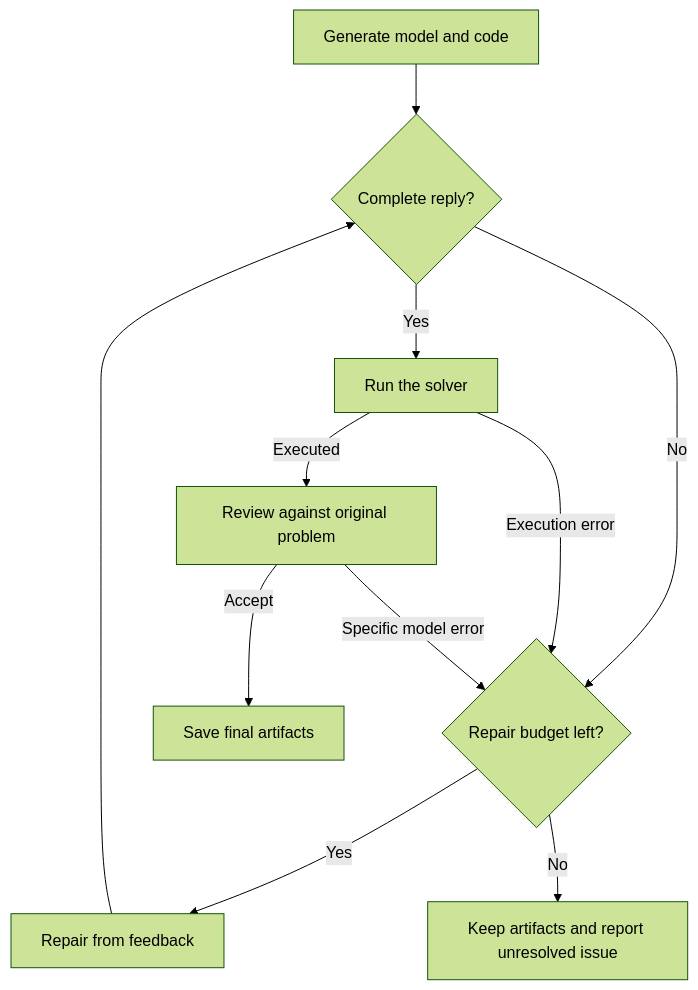
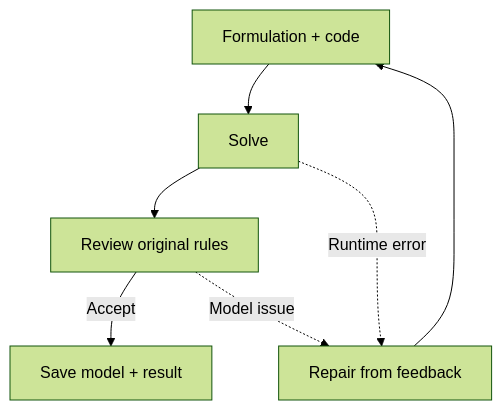
The diagram in website/content/en/feedback-repair.md (Fangziyang0910/LLM4OM), drawn with Mermaid (forest theme) before and after one commit. The commit also changed other lines of this file and 231 other files, not shown here.

````diff
--- a/website/content/en/feedback-repair.md
+++ b/website/content/en/feedback-repair.md
@@ -11,13 +11,13 @@
 ```mermaid
 flowchart TB
-  Generate["Generate model and code"] --> Format{"Complete reply?"}
-  Format -->|Yes| Solve["Run the solver"]
-  Format -->|No| Budget{"Repair budget left?"}
-  Solve -->|Executed| Review["Review against original problem"]
-  Solve -->|Execution error| Budget
-  Review -->|Accept| Finish["Save final artifacts"]
-  Review -->|Specific model error| Budget
-  Budget -->|Yes| Repair["Repair from feedback"]
-  Repair --> Format
-  Budget -->|No| Failed["Keep artifacts and report unresolved issue"]
+  Generate["Formulation + code"]
+  Solve["Solve"]
+  Review["Review original rules"]
+  Repair["Repair from feedback"]
+  Finish["Save model + result"]
+  Generate --> Solve --> Review
+  Review -->|Accept| Finish
+  Review -.->|Model issue| Repair
+  Solve -.->|Runtime error| Repair
+  Repair --> Generate
 ```
````
